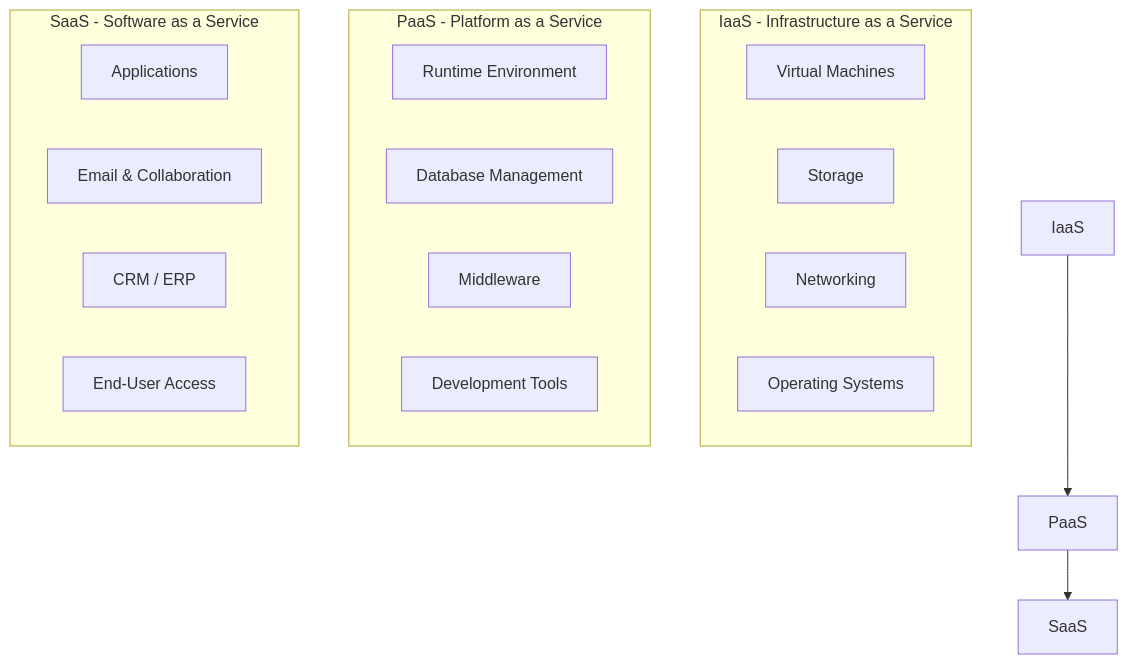
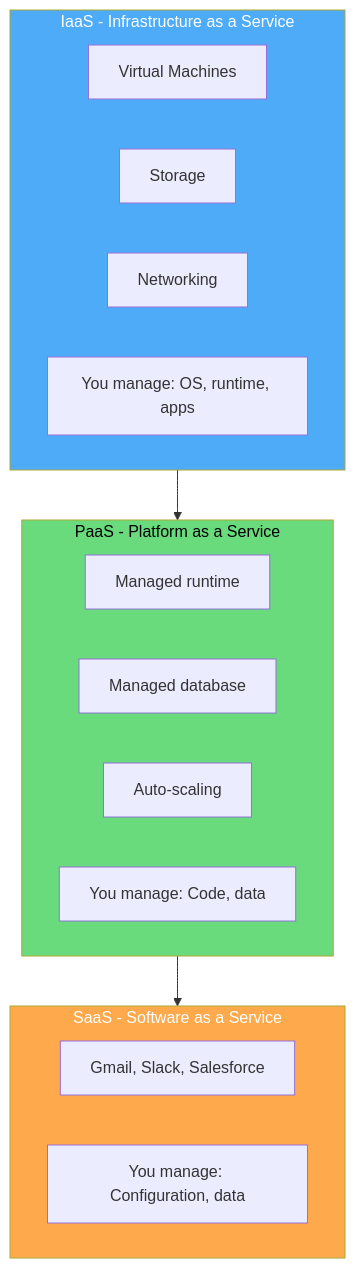
One commit to vanos001/placement_prep changed the first of 11 diagrams in src/cloud/overview.md. Above: the diagram before and after it, drawn with Mermaid. The commit also changed other lines of this file and 12 other files, not shown here.

Commit message:
Storage + Concurrency complete, SUMMARY.md updated with roadmap.sh topics

````diff
--- a/src/cloud/overview.md
+++ b/src/cloud/overview.md
@@ -33,25 +9,27 @@
 ```mermaid
-graph TB
-    subgraph "IaaS - Infrastructure as a Service"
+graph TD
+    subgraph IaaS[IaaS - Infrastructure as a Service]
         I1[Virtual Machines]
         I2[Storage]
         I3[Networking]
-        I4[Operating Systems]
+        I4[You manage: OS, runtime, apps]
     end
 
-    subgraph "PaaS - Platform as a Service"
-        P1[Runtime Environment]
-        P2[Database Management]
-        P3[Middleware]
-        P4[Development Tools]
+    subgraph PaaS[PaaS - Platform as a Service]
+        P1[Managed runtime]
+        P2[Managed database]
+        P3[Auto-scaling]
+        P4[You manage: Code, data]
     end
 
-    subgraph "SaaS - Software as a Service"
-        S1[Applications]
-        S2[Email & Collaboration]
-        S3[CRM / ERP]
-        S4[End-User Access]
+    subgraph SaaS[SaaS - Software as a Service]
+        S1[Gmail, Slack, Salesforce]
+        S2[You manage: Configuration, data]
     end
 
     IaaS --> PaaS --> SaaS
+
+    style IaaS fill:#4dabf7,color:#fff
+    style PaaS fill:#69db7c,color:#000
+    style SaaS fill:#ffa94d,color:#fff
 ```
````
